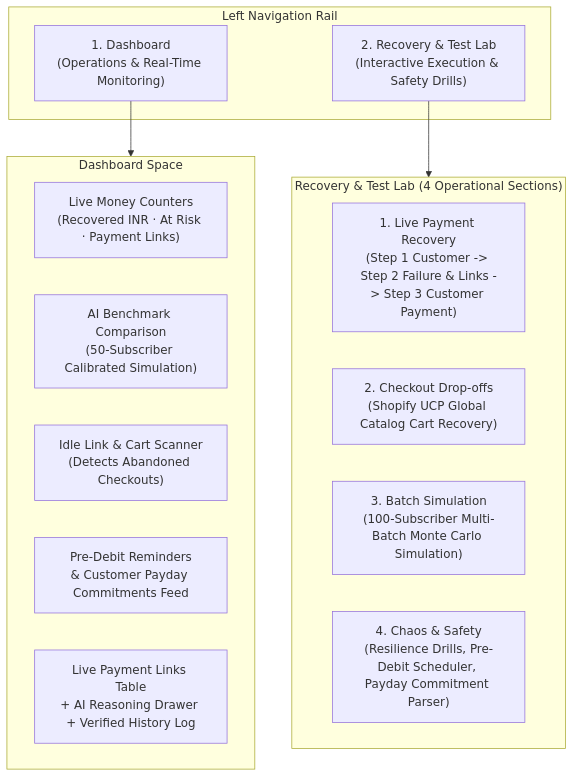
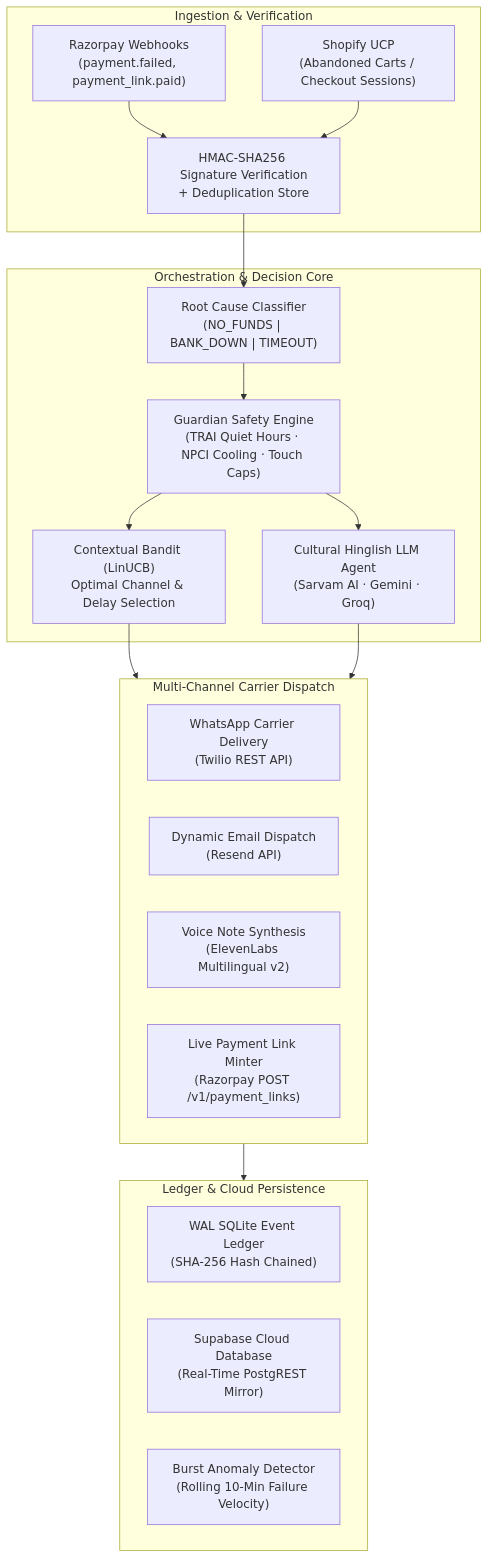
Before and after one commit to JoelDlima/Cadence: the second of 2 diagrams in README.md, drawn with Mermaid. The commit also changed other lines of this file, not shown here.

Commit message:
docs: comprehensive platform documentation covering Twilio WhatsApp, Supabase Cloud sync, Shopify UCP, and regulatory guardrails

````diff
--- a/README.md
+++ b/README.md
@@ -59,25 +56,38 @@
 ```mermaid
 flowchart TD
-  subgraph Sidebar["Left Navigation Rail"]
-    DASH["1. Dashboard\n(Operations & Real-Time Monitoring)"]
-    LAB["2. Recovery & Test Lab\n(Interactive Execution & Safety Drills)"]
-  end
+    subgraph IngestionLayer["Ingestion & Verification"]
+        RZP["Razorpay Webhooks\n(payment.failed, payment_link.paid)"]
+        UCP["Shopify UCP\n(Abandoned Carts / Checkout Sessions)"]
+        HMAC["HMAC-SHA256 Signature Verification\n+ Deduplication Store"]
+    end
 
-  subgraph DashboardView["Dashboard Space"]
-    STAT["Live Money Counters\n(Recovered INR · At Risk · Payment Links)"]
-    BENCH["AI Benchmark Comparison\n(50-Subscriber Calibrated Simulation)"]
-    SCAN["Idle Link & Cart Scanner\n(Detects Abandoned Checkouts)"]
-    PREV["Pre-Debit Reminders\n& Customer Payday Commitments Feed"]
-    TABLE["Live Payment Links Table\n+ AI Reasoning Drawer + Verified History Log"]
-  end
+    subgraph IntelligenceLayer["Orchestration & Decision Core"]
+        CLASS["Root Cause Classifier\n(NO_FUNDS | BANK_DOWN | TIMEOUT)"]
+        GUARD["Guardian Safety Engine\n(TRAI Quiet Hours · NPCI Cooling · Touch Caps)"]
+        LLM["Cultural Hinglish LLM Agent\n(Sarvam AI · Gemini · Groq)"]
+        BANDIT["Contextual Bandit (LinUCB)\nOptimal Channel & Delay Selection"]
+    end
 
-  subgraph TestLabView["Recovery & Test Lab (4 Operational Sections)"]
-    P1["1. Live Payment Recovery\n(Step 1 Customer -> Step 2 Failure & Links -> Step 3 Customer Payment)"]
-    P2["2. Checkout Drop-offs\n(Shopify UCP Global Catalog Cart Recovery)"]
-    P3["3. Batch Simulation\n(100-Subscriber Multi-Batch Monte Carlo Simulation)"]
-    P4["4. Chaos & Safety\n(Resilience Drills, Pre-Debit Scheduler, Payday Commitment Parser)"]
-  end
+    subgraph ExecutionLayer["Multi-Channel Carrier Dispatch"]
+        WA["WhatsApp Carrier Delivery\n(Twilio REST API)"]
+        EM["Dynamic Email Dispatch\n(Resend API)"]
+        TTS["Voice Note Synthesis\n(ElevenLabs Multilingual v2)"]
+        PLINK["Live Payment Link Minter\n(Razorpay POST /v1/payment_links)"]
+    end
 
-  DASH --> DashboardView
-  LAB --> TestLabView
+    subgraph StorageLayer["Ledger & Cloud Persistence"]
+        SQLITE["WAL SQLite Event Ledger\n(SHA-256 Hash Chained)"]
+        SUPA["Supabase Cloud Database\n(Real-Time PostgREST Mirror)"]
+        ANOMALY["Burst Anomaly Detector\n(Rolling 10-Min Failure Velocity)"]
+    end
+
+    RZP --> HMAC
+    UCP --> HMAC
+    HMAC --> CLASS
+    CLASS --> GUARD
+    GUARD --> BANDIT
+    GUARD --> LLM
+    BANDIT --> ExecutionLayer
+    LLM --> ExecutionLayer
+    ExecutionLayer --> StorageLayer
 ```
````
